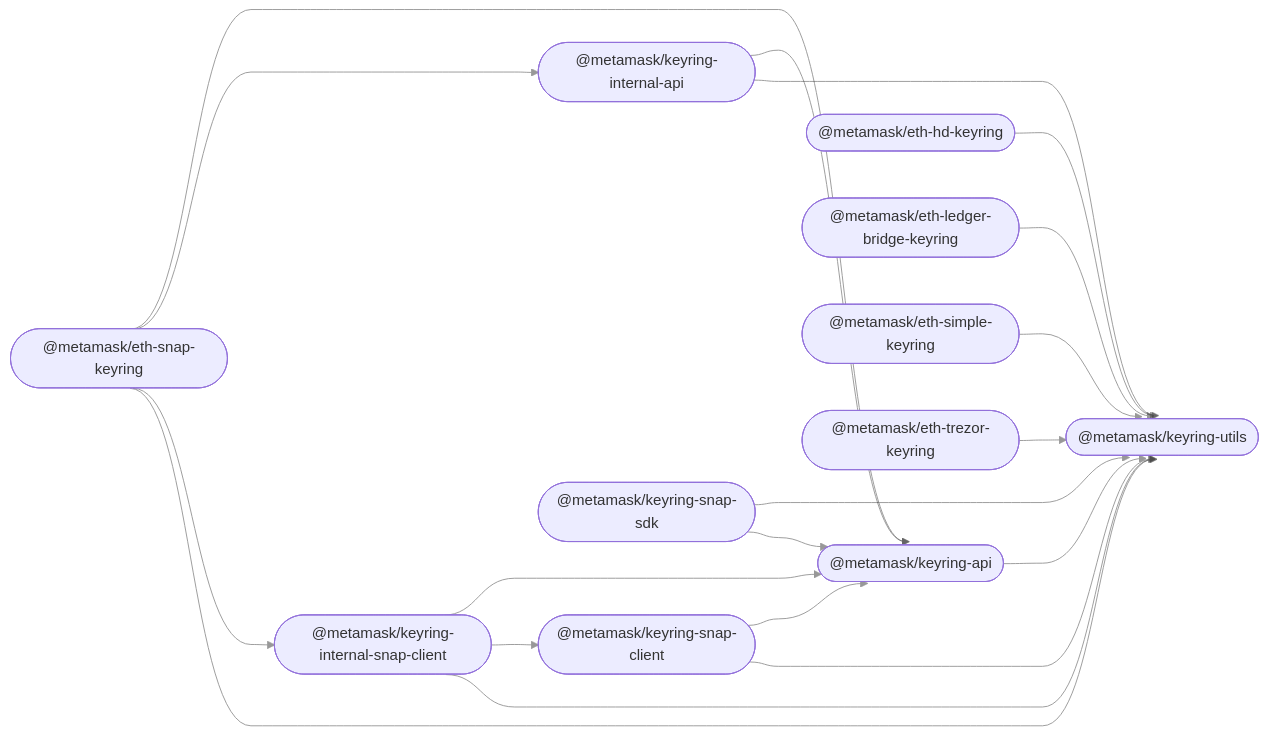
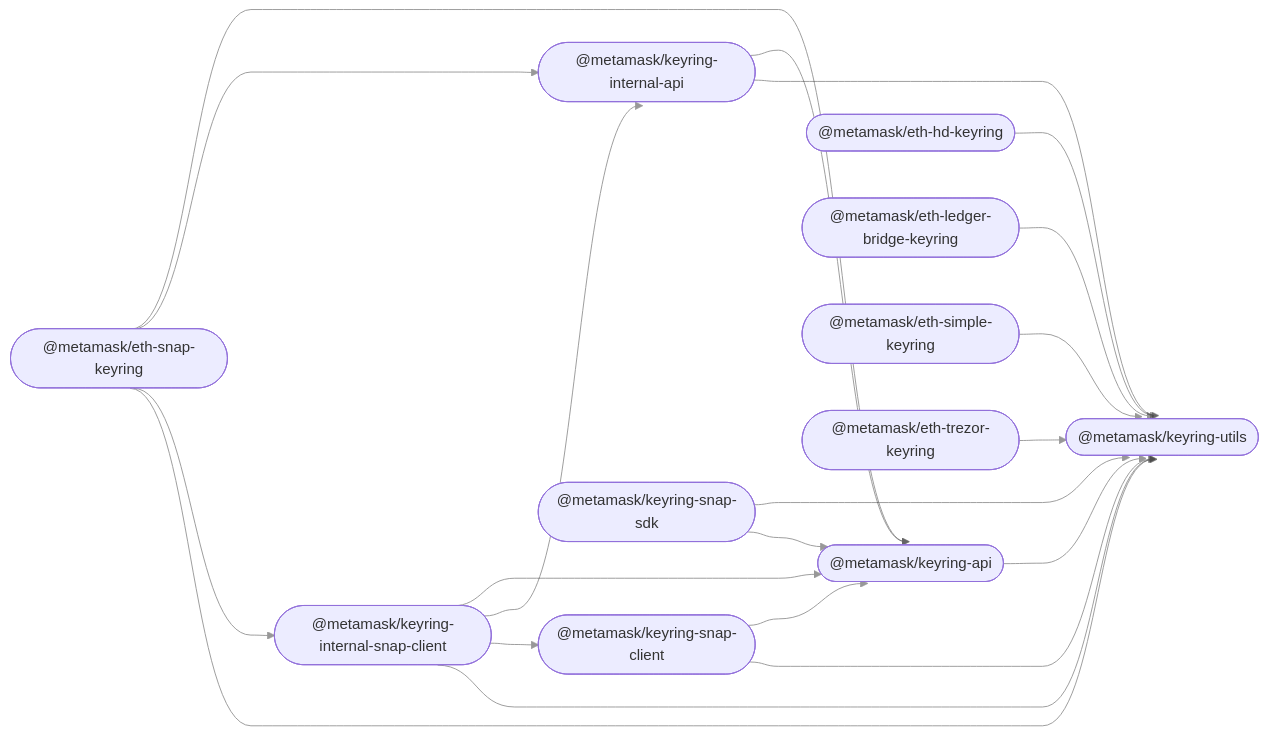
Before and after one commit to MetaMask/accounts: the diagram in README.md, drawn with Mermaid.

````diff
--- a/README.md
+++ b/README.md
@@ -33,34 +33,35 @@
 ```mermaid
 %%{ init: { 'flowchart': { 'curve': 'bumpX' } } }%%
 graph LR;
 linkStyle default opacity:0.5
   keyring_api(["@metamask/keyring-api"]);
   eth_hd_keyring(["@metamask/eth-hd-keyring"]);
   eth_ledger_bridge_keyring(["@metamask/eth-ledger-bridge-keyring"]);
   eth_simple_keyring(["@metamask/eth-simple-keyring"]);
   eth_trezor_keyring(["@metamask/eth-trezor-keyring"]);
   keyring_internal_api(["@metamask/keyring-internal-api"]);
   keyring_internal_snap_client(["@metamask/keyring-internal-snap-client"]);
   eth_snap_keyring(["@metamask/eth-snap-keyring"]);
   keyring_snap_client(["@metamask/keyring-snap-client"]);
   keyring_snap_sdk(["@metamask/keyring-snap-sdk"]);
   keyring_utils(["@metamask/keyring-utils"]);
   keyring_api --> keyring_utils;
   eth_hd_keyring --> keyring_utils;
   eth_ledger_bridge_keyring --> keyring_utils;
   eth_simple_keyring --> keyring_utils;
   eth_trezor_keyring --> keyring_utils;
   keyring_internal_api --> keyring_api;
   keyring_internal_api --> keyring_utils;
   keyring_internal_snap_client --> keyring_api;
+  keyring_internal_snap_client --> keyring_internal_api;
   keyring_internal_snap_client --> keyring_snap_client;
   keyring_internal_snap_client --> keyring_utils;
   eth_snap_keyring --> keyring_api;
   eth_snap_keyring --> keyring_internal_api;
   eth_snap_keyring --> keyring_internal_snap_client;
   eth_snap_keyring --> keyring_utils;
   keyring_snap_client --> keyring_api;
   keyring_snap_client --> keyring_utils;
   keyring_snap_sdk --> keyring_utils;
   keyring_snap_sdk --> keyring_api;
 ```
````
